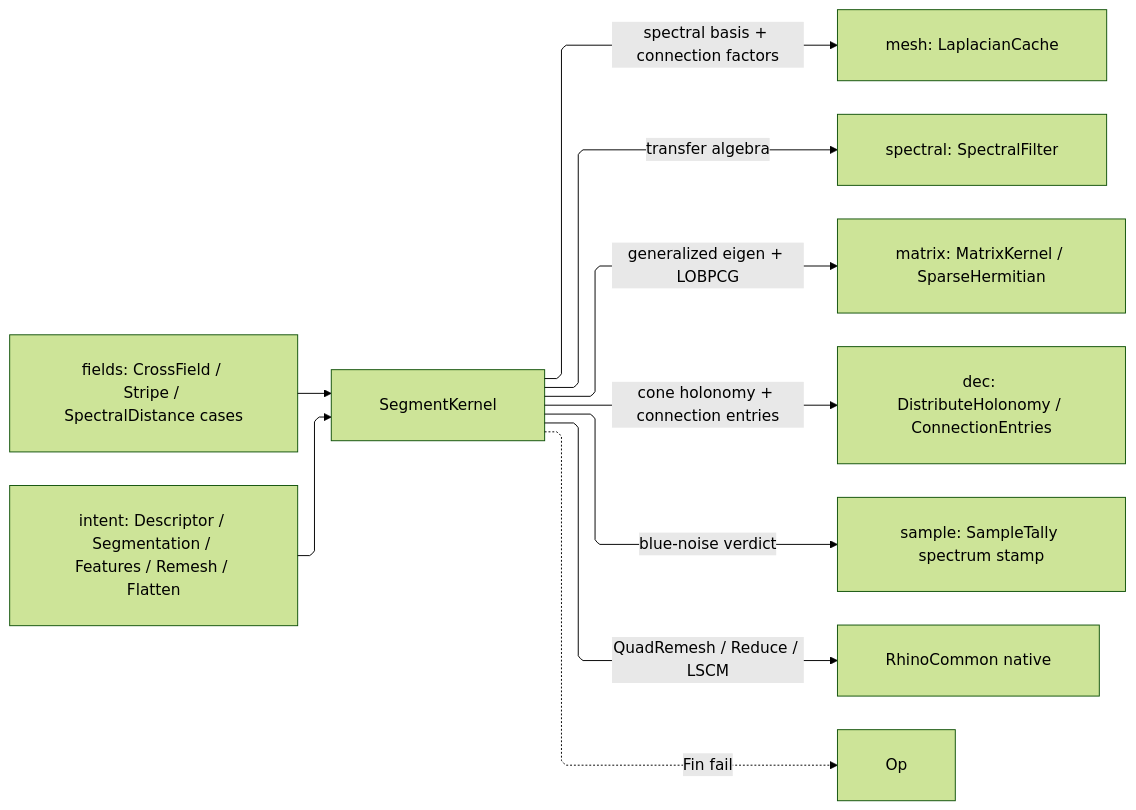
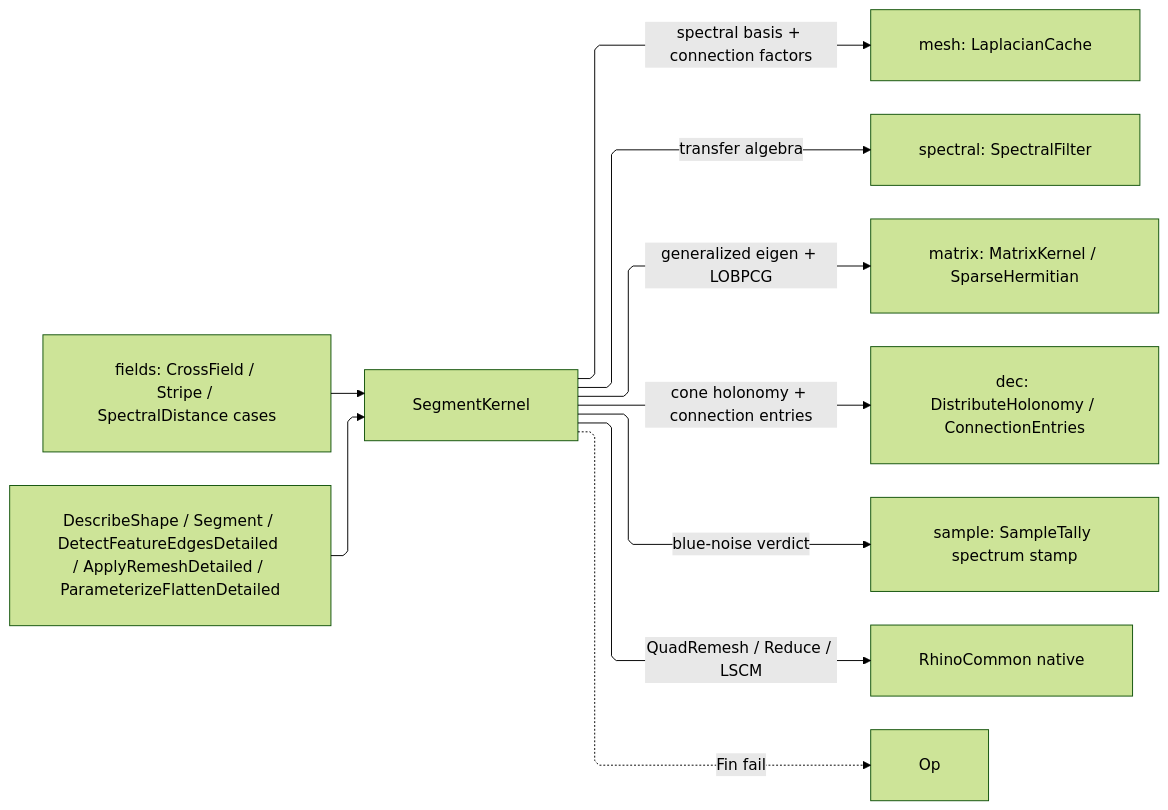
Before and after one commit to bsamiee/Rasm: the diagram in libs/dotnet/Rasm/.planning/Processing/segment.md, drawn with Mermaid (forest theme). The commit also changed other lines of this file and 68 other files, not shown here.

````diff
--- a/libs/dotnet/Rasm/.planning/Processing/segment.md
+++ b/libs/dotnet/Rasm/.planning/Processing/segment.md
@@ -1178,21 +1066,21 @@
 ```mermaid
 ---
 config:
   layout: elk
   flowchart:
     curve: linear
     padding: 25
 ---
 flowchart LR
     accTitle: Segmentation kernel dispatch
     accDescr: Descriptor, feature, segmentation, cross-field, remesh, and flatten requests folding through the spectral and host substrates onto typed evidence.
     Fields["fields: CrossField / Stripe / SpectralDistance cases"] --> SegmentKernel
-    Intent["intent: Descriptor / Segmentation / Features / Remesh / Flatten"] --> SegmentKernel
+    Entries["DescribeShape / Segment / DetectFeatureEdgesDetailed / ApplyRemeshDetailed / ParameterizeFlattenDetailed"] --> SegmentKernel
     SegmentKernel -->|spectral basis + connection factors| Cache["mesh: LaplacianCache"]
     SegmentKernel -->|transfer algebra| Spectral["spectral: SpectralFilter"]
     SegmentKernel -->|generalized eigen + LOBPCG| MatrixOwners["matrix: MatrixKernel / SparseHermitian"]
     SegmentKernel -->|cone holonomy + connection entries| Dec["dec: DistributeHolonomy / ConnectionEntries"]
     SegmentKernel -->|blue-noise verdict| Sample["sample: SampleTally spectrum stamp"]
     SegmentKernel -->|QuadRemesh / Reduce / LSCM| Host["RhinoCommon native"]
     SegmentKernel -.->|Fin fail| Op
 ```
````
